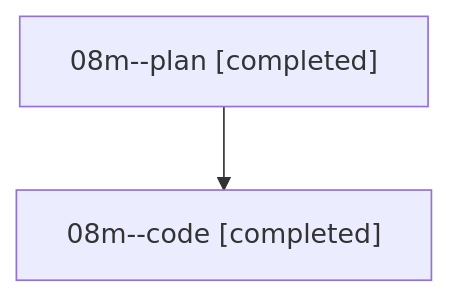
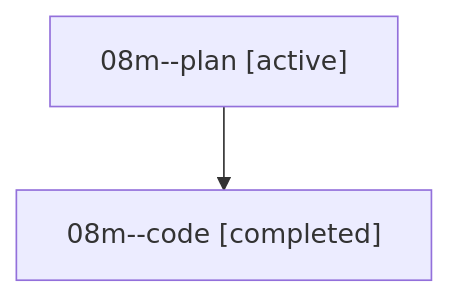
The diagram in families/bbugyi200.athena.08m.md (sase-org/sase--agents), drawn with Mermaid before and after one commit. The commit also changed other lines of this file and 35830 other files, not shown here.

````diff
--- a/families/bbugyi200.athena.08m.md
+++ b/families/bbugyi200.athena.08m.md
@@ -9,6 +9,6 @@
 ```mermaid
 flowchart TD
-  n0["08m--plan [completed]"]
+  n0["08m--plan [active]"]
   n1["08m--code [completed]"]
   n0 --> n1
 ```
````
